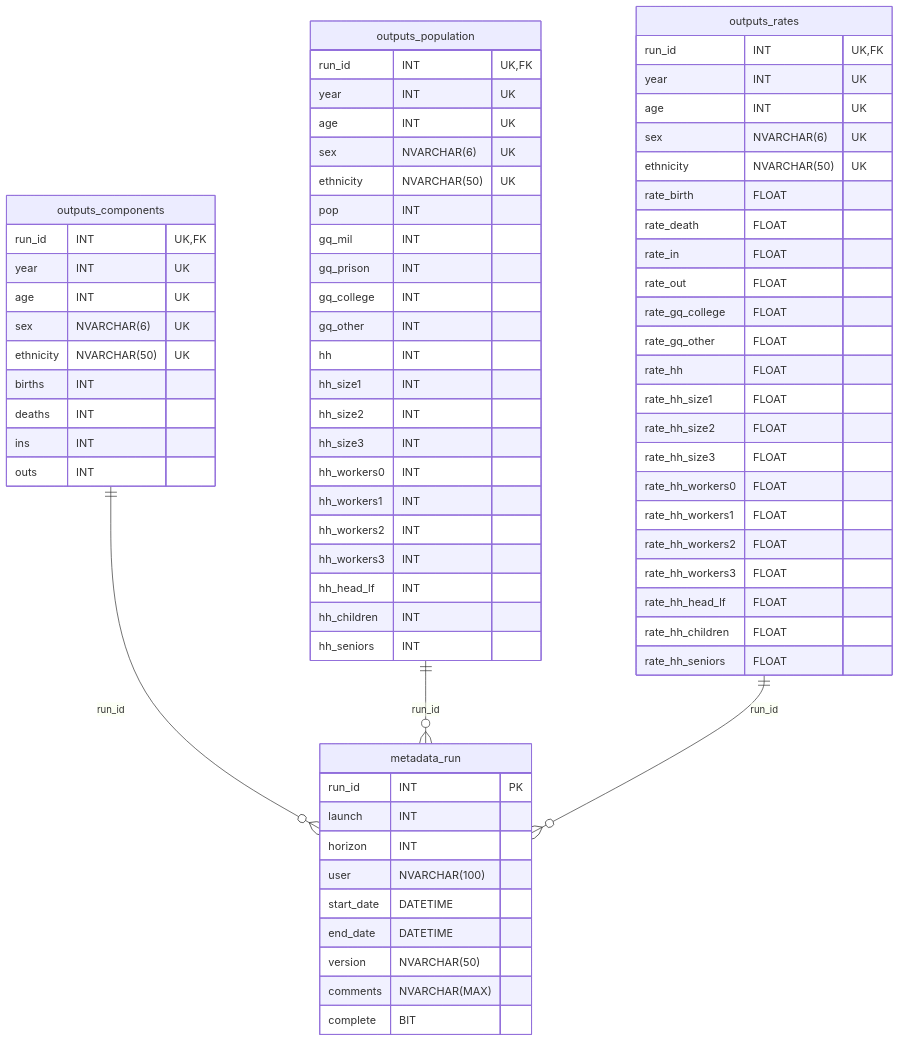
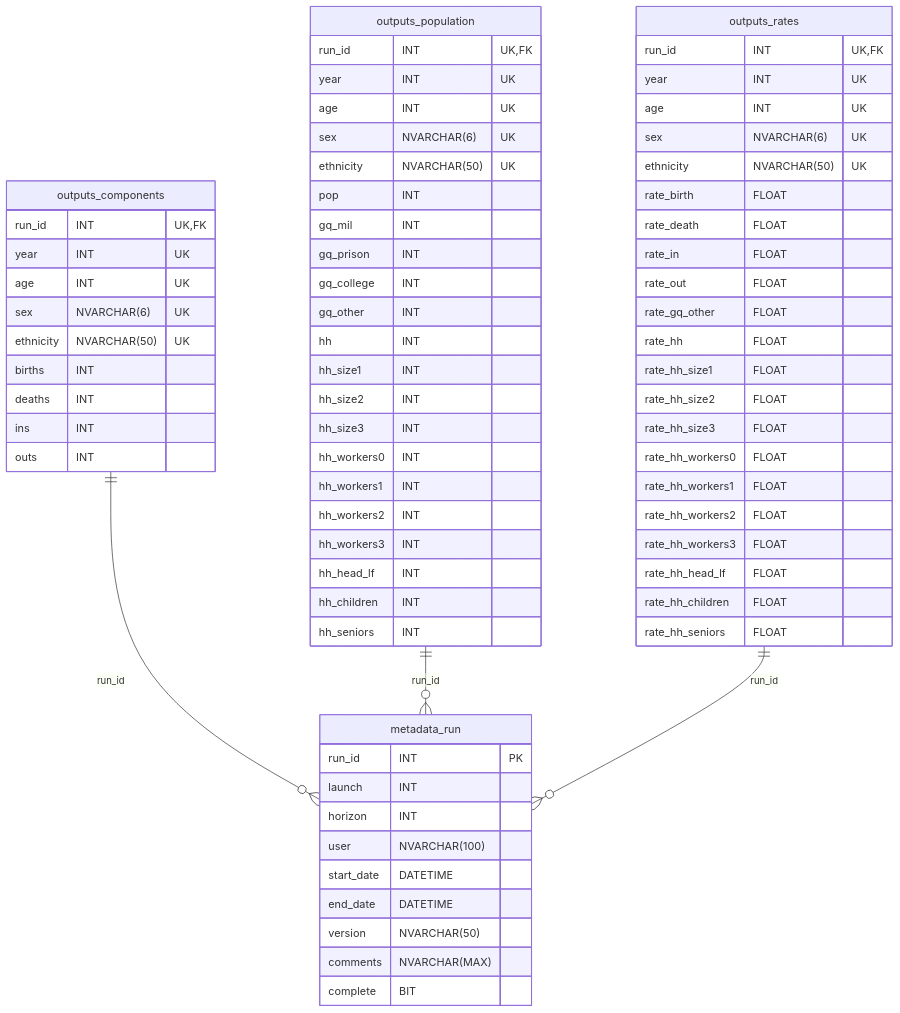
The diagram in README.md (SANDAG/Cohort-Component-Model), drawn with Mermaid before and after one commit. The commit also changed 13 other files, not shown here.

````diff
--- a/README.md
+++ b/README.md
@@ -83,81 +83,80 @@
 ```mermaid
 erDiagram
 direction TB
 
     metadata_run {
         run_id INT PK
         launch INT
         horizon INT
         user NVARCHAR(100)
         start_date DATETIME
         end_date DATETIME
         version NVARCHAR(50)
         comments NVARCHAR(MAX)
         complete BIT
     }
 
     outputs_components {
         run_id INT UK, FK
         year INT UK
         age INT UK
         sex NVARCHAR(6) UK
         ethnicity NVARCHAR(50) UK
         births INT
         deaths INT
         ins INT
         outs INT
     }
 
     outputs_population {
         run_id INT UK, FK
         year INT UK
         age INT UK
         sex NVARCHAR(6) UK
         ethnicity NVARCHAR(50) UK
         pop INT
         gq_mil INT
         gq_prison INT
         gq_college INT
         gq_other INT
         hh INT
         hh_size1 INT
         hh_size2 INT
         hh_size3 INT
         hh_workers0 INT
         hh_workers1 INT
         hh_workers2 INT
         hh_workers3 INT
         hh_head_lf INT
         hh_children INT
         hh_seniors INT
     }
     
     outputs_rates {
         run_id INT UK, FK
         year INT UK
         age INT UK
         sex NVARCHAR(6) UK
         ethnicity NVARCHAR(50) UK
         rate_birth FLOAT
         rate_death FLOAT
         rate_in FLOAT
         rate_out FLOAT
-        rate_gq_college FLOAT
         rate_gq_other FLOAT
         rate_hh FLOAT
         rate_hh_size1 FLOAT
         rate_hh_size2 FLOAT
         rate_hh_size3 FLOAT
         rate_hh_workers0 FLOAT
         rate_hh_workers1 FLOAT
         rate_hh_workers2 FLOAT
         rate_hh_workers3 FLOAT
         rate_hh_head_lf FLOAT
         rate_hh_children FLOAT
         rate_hh_seniors FLOAT
     }
 
     outputs_components ||--o{ metadata_run : "run_id"
     outputs_population ||--o{ metadata_run : "run_id"
     outputs_rates ||--o{ metadata_run : "run_id"
 ```
````
